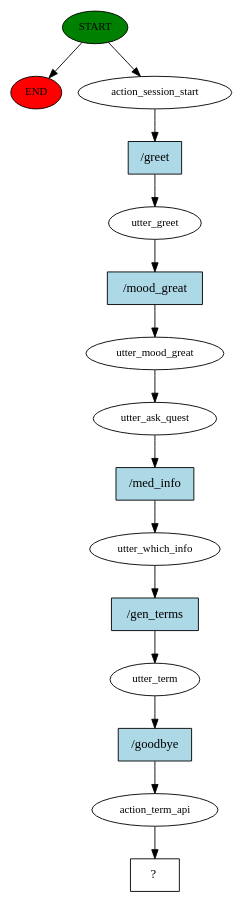
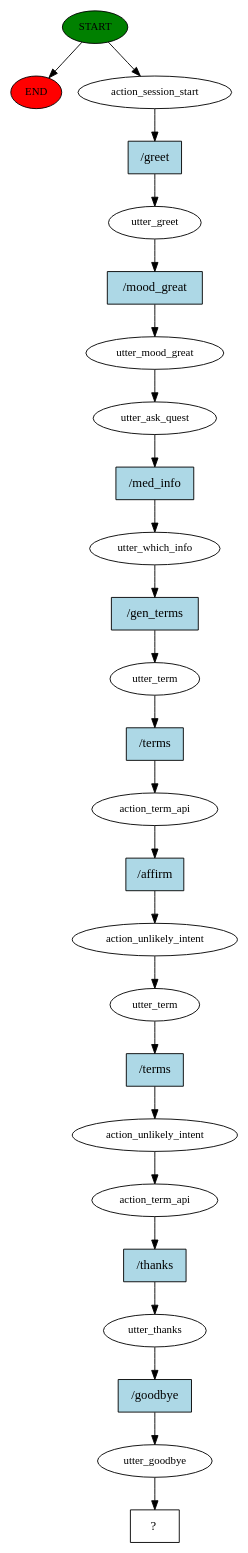
Before and after one commit to mebaidoo/Medical-Chatbot-Capstone: the diagram in story_graph.dot, drawn with Graphviz. The commit also changed 232 other files, not shown here.

```diff
--- a/story_graph.dot
+++ b/story_graph.dot
@@ -1,31 +1,51 @@
 digraph  {
 0 [class="start active", fillcolor=green, fontsize=12, label=START, style=filled];
 "-1" [class=end, fillcolor=red, fontsize=12, label=END, style=filled];
 1 [class=active, fontsize=12, label=action_session_start];
 2 [class=active, fontsize=12, label=utter_greet];
 3 [class=active, fontsize=12, label=utter_mood_great];
 4 [class=active, fontsize=12, label=utter_ask_quest];
 5 [class=active, fontsize=12, label=utter_which_info];
 6 [class=active, fontsize=12, label=utter_term];
 7 [class=active, fontsize=12, label=action_term_api];
-8 [class="intent dashed active", label="  ?  ", shape=rect];
-9 [class="intent active", fillcolor=lightblue, label="/greet", shape=rect, style=filled];
-10 [class="intent active", fillcolor=lightblue, label="/mood_great", shape=rect, style=filled];
-11 [class="intent active", fillcolor=lightblue, label="/med_info", shape=rect, style=filled];
-12 [class="intent active", fillcolor=lightblue, label="/gen_terms", shape=rect, style=filled];
-13 [class="intent active", fillcolor=lightblue, label="/goodbye", shape=rect, style=filled];
+8 [class=active, fontsize=12, label=action_unlikely_intent];
+9 [class=active, fontsize=12, label=utter_term];
+10 [class=active, fontsize=12, label=action_unlikely_intent];
+11 [class=active, fontsize=12, label=action_term_api];
+12 [class=active, fontsize=12, label=utter_thanks];
+13 [class=active, fontsize=12, label=utter_goodbye];
+14 [class="intent dashed active", label="  ?  ", shape=rect];
+15 [class="intent active", fillcolor=lightblue, label="/greet", shape=rect, style=filled];
+16 [class="intent active", fillcolor=lightblue, label="/mood_great", shape=rect, style=filled];
+17 [class="intent active", fillcolor=lightblue, label="/med_info", shape=rect, style=filled];
+18 [class="intent active", fillcolor=lightblue, label="/gen_terms", shape=rect, style=filled];
+19 [class="intent active", fillcolor=lightblue, label="/terms", shape=rect, style=filled];
+20 [class="intent active", fillcolor=lightblue, label="/affirm", shape=rect, style=filled];
+21 [class="intent active", fillcolor=lightblue, label="/terms", shape=rect, style=filled];
+22 [class="intent active", fillcolor=lightblue, label="/thanks", shape=rect, style=filled];
+23 [class="intent active", fillcolor=lightblue, label="/goodbye", shape=rect, style=filled];
 0 -> "-1"  [class="", key=NONE, label=""];
 0 -> 1  [class=active, key=NONE, label=""];
-1 -> 9  [class=active, key=0];
-2 -> 10  [class=active, key=0];
+1 -> 15  [class=active, key=0];
+2 -> 16  [class=active, key=0];
 3 -> 4  [class=active, key=NONE, label=""];
-4 -> 11  [class=active, key=0];
-5 -> 12  [class=active, key=0];
-6 -> 13  [class=active, key=0];
-7 -> 8  [class=active, key=NONE, label=""];
-9 -> 2  [class=active, key=0];
-10 -> 3  [class=active, key=0];
-11 -> 5  [class=active, key=0];
-12 -> 6  [class=active, key=0];
-13 -> 7  [class=active, key=0];
+4 -> 17  [class=active, key=0];
+5 -> 18  [class=active, key=0];
+6 -> 19  [class=active, key=0];
+7 -> 20  [class=active, key=0];
+8 -> 9  [class=active, key=NONE, label=""];
+9 -> 21  [class=active, key=0];
+10 -> 11  [class=active, key=NONE, label=""];
+11 -> 22  [class=active, key=0];
+12 -> 23  [class=active, key=0];
+13 -> 14  [class=active, key=NONE, label=""];
+15 -> 2  [class=active, key=0];
+16 -> 3  [class=active, key=0];
+17 -> 5  [class=active, key=0];
+18 -> 6  [class=active, key=0];
+19 -> 7  [class=active, key=0];
+20 -> 8  [class=active, key=0];
+21 -> 10  [class=active, key=0];
+22 -> 12  [class=active, key=0];
+23 -> 13  [class=active, key=0];
 }
```
